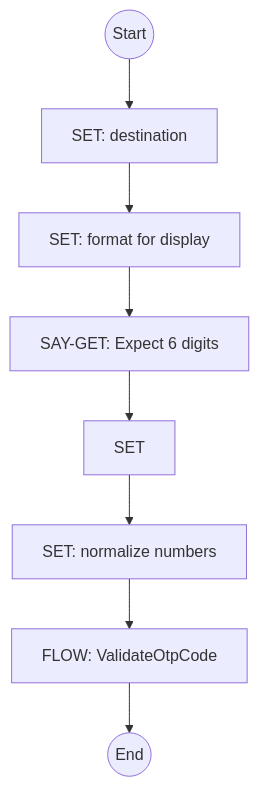
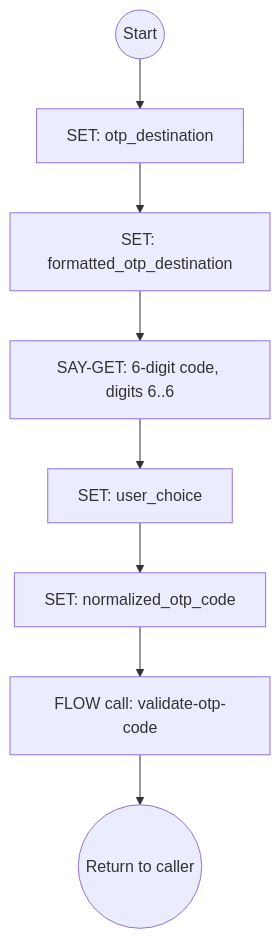
The seventh of 11 diagrams in docs/system-flows.md (ronpinkas/jsfe), drawn with Mermaid before and after one commit. The commit also changed other lines of this file and 3 other files, not shown here.

````diff
--- a/docs/system-flows.md
+++ b/docs/system-flows.md
@@ -121,10 +310,10 @@
 ```mermaid
 graph TD
-    start((Start)) --> set_otp_destination[SET: destination]
-    set_otp_destination --> formatted_otp_destination[SET: format for display]
-    formatted_otp_destination --> get_otp_from_user[SAY-GET: Expect 6 digits]
-    get_otp_from_user --> set_user_choice[SET]
-    set_user_choice --> set_otp_code[SET: normalize numbers]
-    set_otp_code --> proceed_to_validation[FLOW: ValidateOtpCode]
-    proceed_to_validation --> stop((End))
+    start((Start)) --> set_otp_destination[SET: otp_destination]
+    set_otp_destination --> formatted[SET: formatted_otp_destination]
+    formatted --> get_otp[SAY-GET: 6-digit code, digits 6..6]
+    get_otp --> set_user_choice[SET: user_choice]
+    set_user_choice --> set_otp_code[SET: normalized_otp_code]
+    set_otp_code --> validate[FLOW call: validate-otp-code]
+    validate --> stop((Return to caller))
 ```
````
